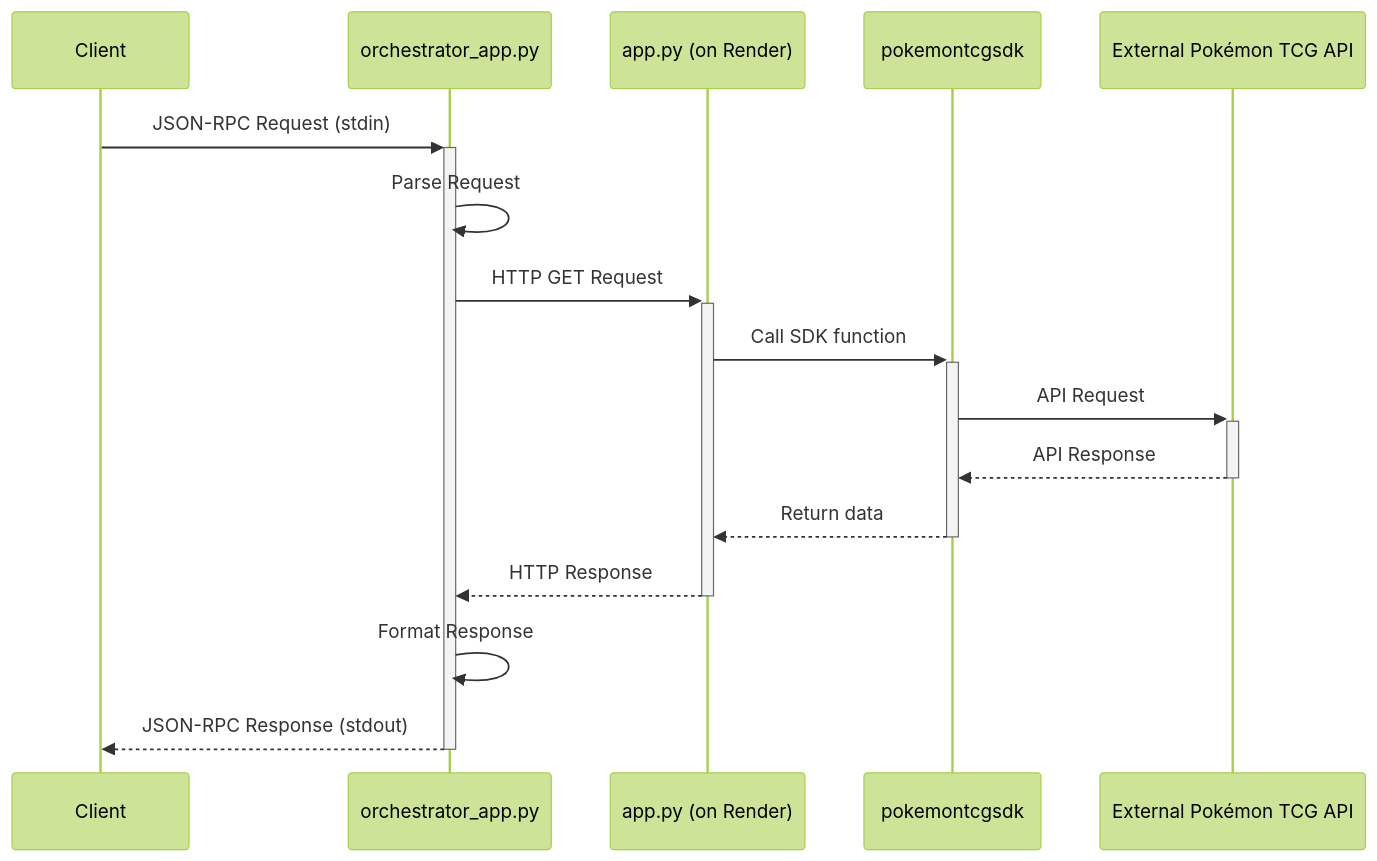
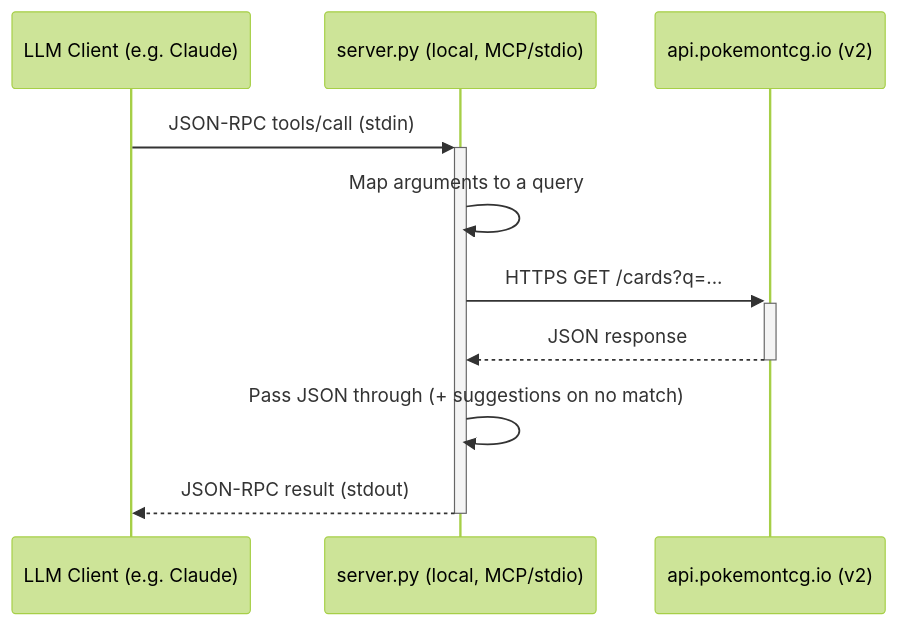
One commit to grzetich/pokemon-tcg-mcp changed the diagram in data_flow_diagram.md. Above: the diagram before and after it, drawn with Mermaid (forest theme). The commit also changed other lines of this file and 14 other files, not shown here.

First line of the commit message:
Replace hosted 3-hop design with single-process MCP server

````diff
--- a/data_flow_diagram.md
+++ b/data_flow_diagram.md
@@ -1,19 +7,13 @@
 ```mermaid
 sequenceDiagram
-    participant Client
-    participant OrchestratorApp as orchestrator_app.py
-    participant App as app.py (on Render)
-    participant PokemonTCG_SDK as pokemontcgsdk
-    participant PokemonTCG_API as External Pokémon TCG API
+    participant Client as LLM Client (e.g. Claude)
+    participant Server as server.py (local, MCP/stdio)
+    participant API as api.pokemontcg.io (v2)
 
-    Client->>+OrchestratorApp: JSON-RPC Request (stdin)
-    OrchestratorApp->>OrchestratorApp: Parse Request
-    OrchestratorApp->>+App: HTTP GET Request
-    App->>+PokemonTCG_SDK: Call SDK function
-    PokemonTCG_SDK->>+PokemonTCG_API: API Request
-    PokemonTCG_API-->>-PokemonTCG_SDK: API Response
-    PokemonTCG_SDK-->>-App: Return data
-    App-->>-OrchestratorApp: HTTP Response
-    OrchestratorApp->>OrchestratorApp: Format Response
-    OrchestratorApp-->>-Client: JSON-RPC Response (stdout)
+    Client->>+Server: JSON-RPC tools/call (stdin)
+    Server->>Server: Map arguments to a query
+    Server->>+API: HTTPS GET /cards?q=...
+    API-->>-Server: JSON response
+    Server->>Server: Pass JSON through (+ suggestions on no match)
+    Server-->>-Client: JSON-RPC result (stdout)
 ```
````
